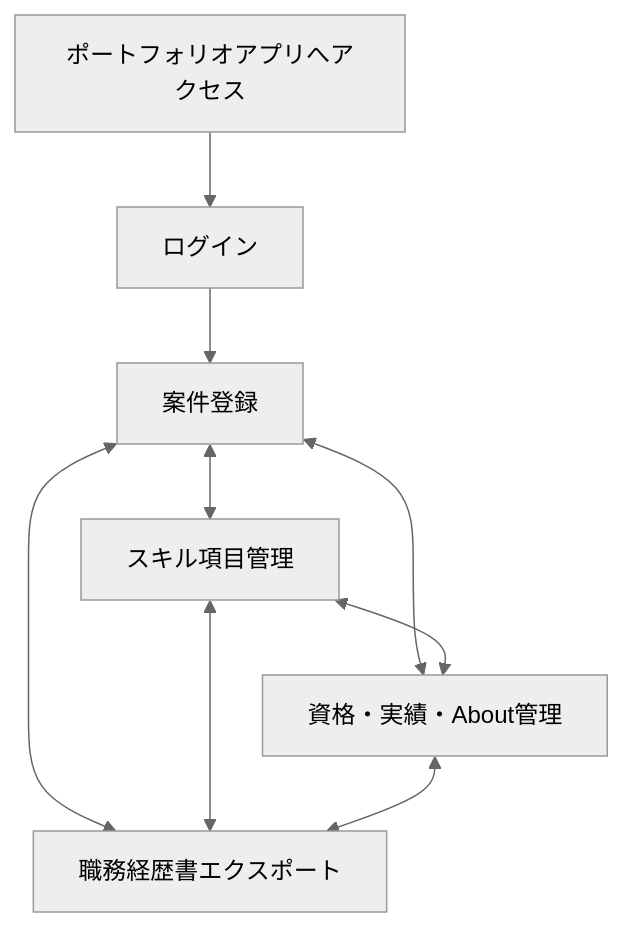
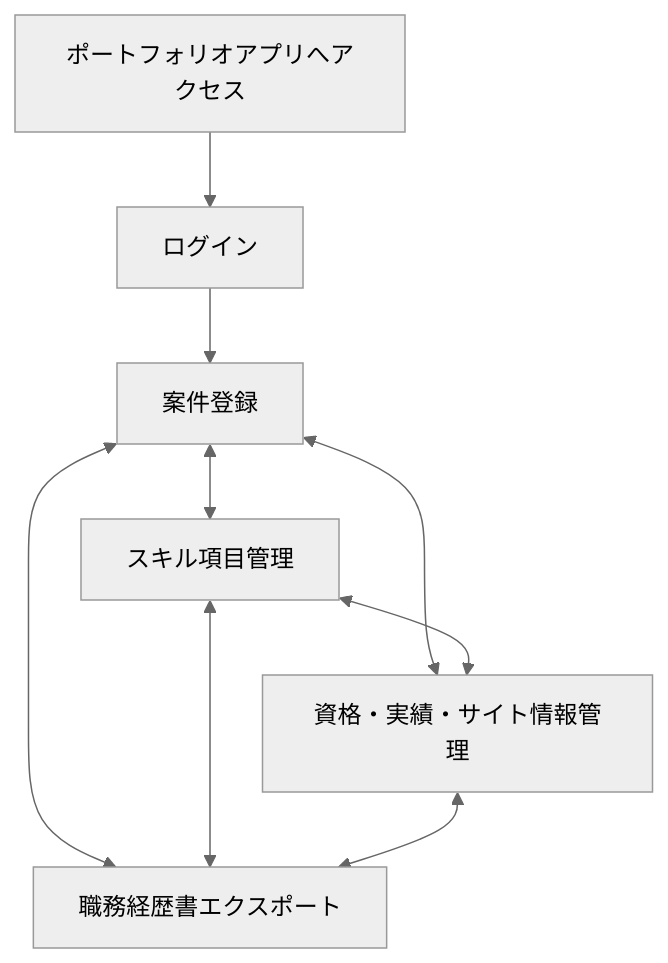
The third of 4 diagrams in docs/02.design/DESIGN.md (Seiya-Nakagawa/Portfolio), drawn with Mermaid (neutral theme) before and after one commit. The commit also changed other lines of this file and 1 other file, not shown here.

````diff
--- a/docs/02.design/DESIGN.md
+++ b/docs/02.design/DESIGN.md
@@ -300,11 +307,11 @@
 ```mermaid
 flowchart TD
     Start["ポートフォリオアプリへアクセス"] --> Login["ログイン"]
     Login --> Project["案件登録"]
     Project <--> Skill["スキル項目管理"]
-    Project <--> CertWork["資格・実績・About管理"]
+    Project <--> CertWork["資格・実績・サイト情報管理"]
     Project <--> Output["職務経歴書エクスポート"]
     Skill <--> CertWork
     Skill <--> Output
     CertWork <--> Output
 ```
````
